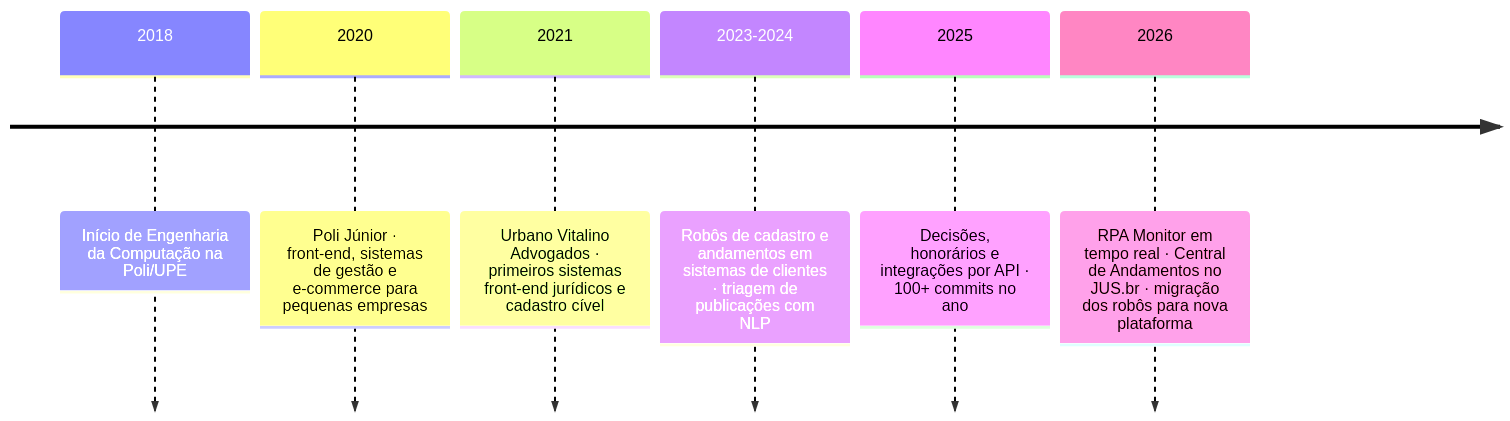
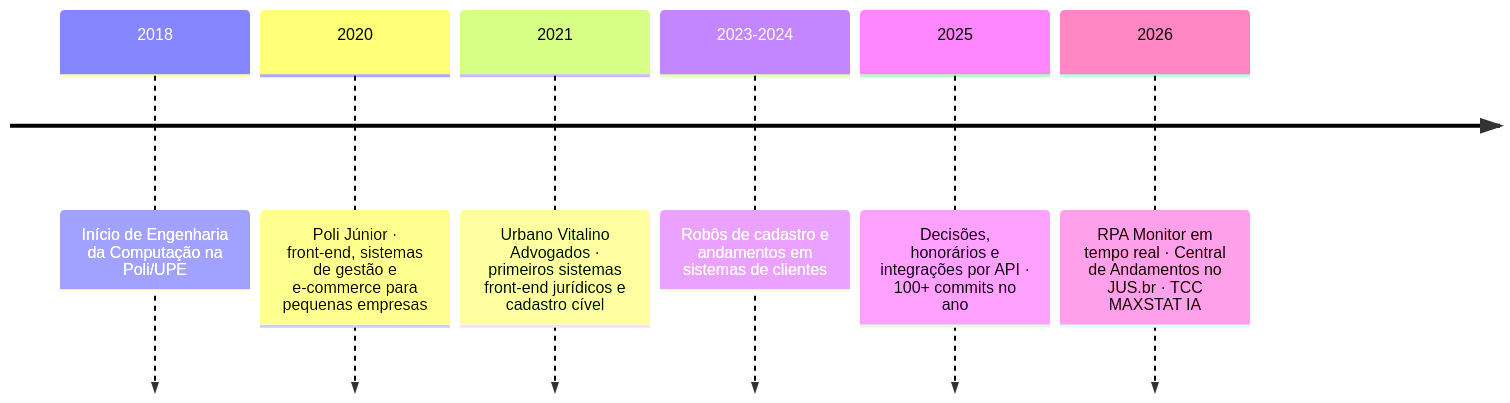
Before and after one commit to VictorBarros28/VictorBarros28: the first of 2 diagrams in README.md, drawn with Mermaid. The commit also changed other lines of this file, not shown here.

Commit message:
feat: inclui MAXSTAT IA, remove projetos que não são meus e renomeia seção de arquitetura

````diff
--- a/README.md
+++ b/README.md
@@ -31,9 +31,9 @@
 ```mermaid
 timeline
     2018 : Início de Engenharia da Computação na Poli/UPE
     2020 : Poli Júnior · front-end, sistemas de gestão e e-commerce para pequenas empresas
     2021 : Urbano Vitalino Advogados · primeiros sistemas front-end jurídicos e cadastro cível
-    2023-2024 : Robôs de cadastro e andamentos em sistemas de clientes · triagem de publicações com NLP
+    2023-2024 : Robôs de cadastro e andamentos em sistemas de clientes
     2025 : Decisões, honorários e integrações por API · 100+ commits no ano
-    2026 : RPA Monitor em tempo real · Central de Andamentos no JUS.br · migração dos robôs para nova plataforma
+    2026 : RPA Monitor em tempo real · Central de Andamentos no JUS.br · TCC MAXSTAT IA
 ```
````
